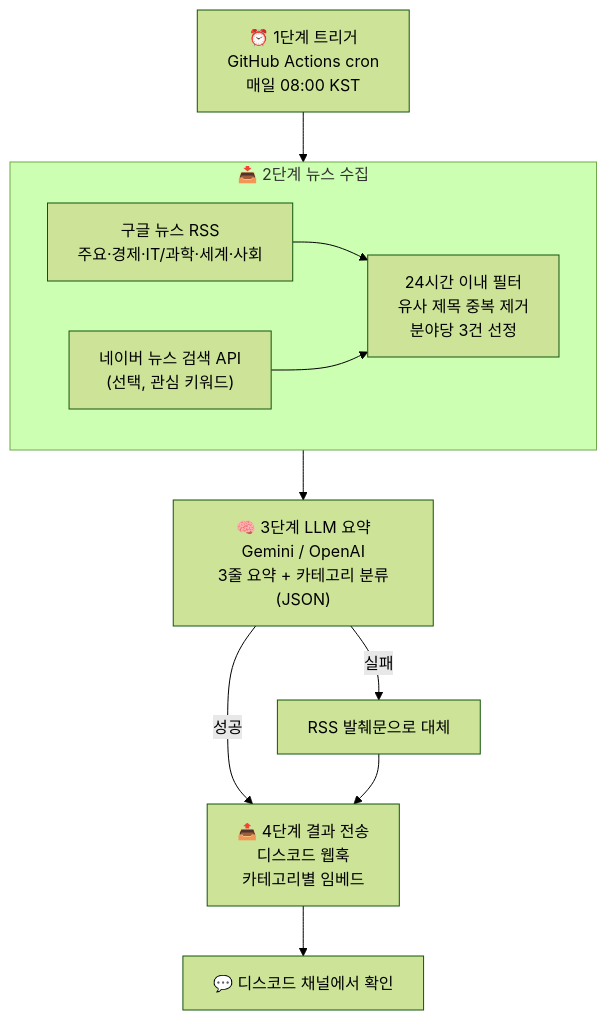
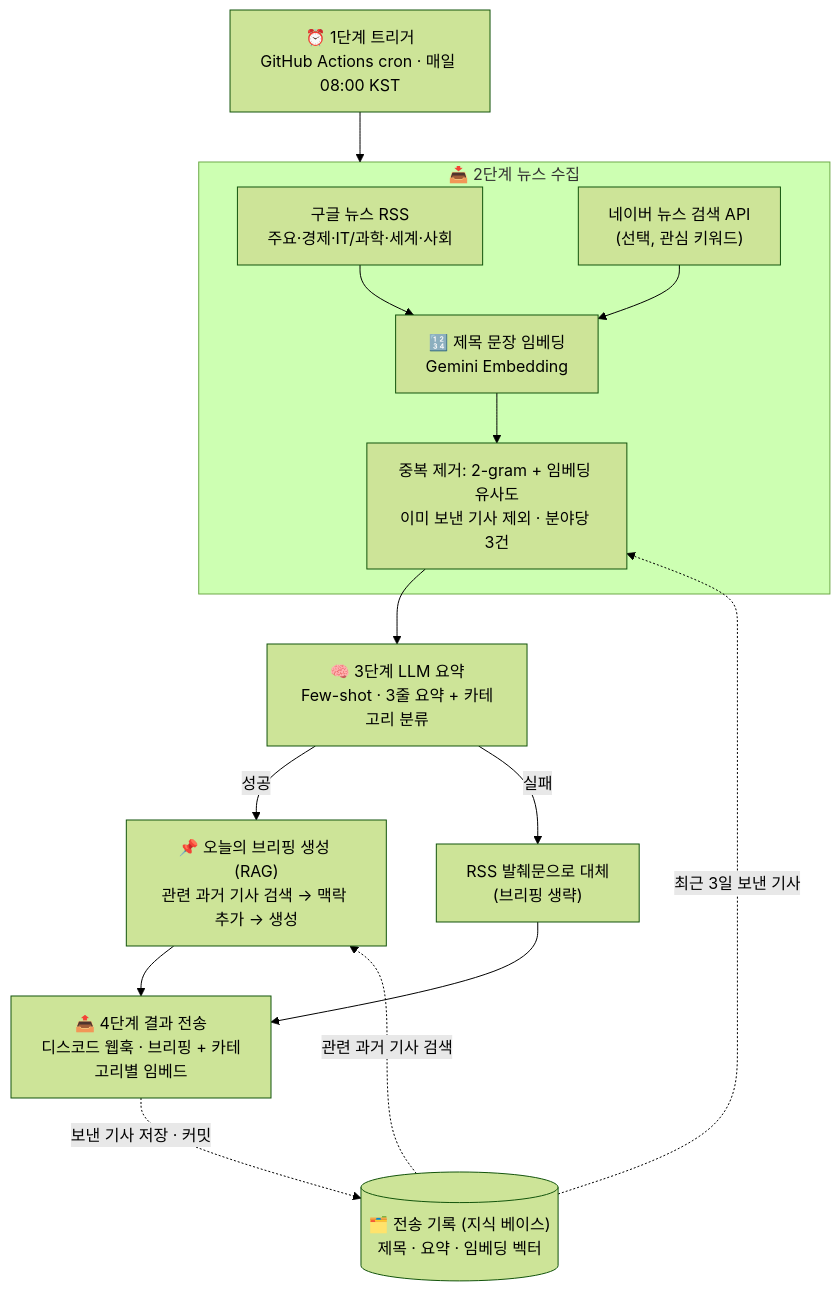
Before and after one commit to untitled2039/discord-news-bot: the diagram in docs/flowchart.mmd, drawn with Mermaid (forest theme). The commit also changed 5 other files, not shown here.

```diff
--- a/docs/flowchart.mmd
+++ b/docs/flowchart.mmd
@@ -1,12 +1,17 @@
 flowchart TD
-    A["⏰ 1단계 트리거<br/>GitHub Actions cron<br/>매일 08:00 KST"] --> B
+    A["⏰ 1단계 트리거<br/>GitHub Actions cron · 매일 08:00 KST"] --> B
+    H[("🗂️ 전송 기록 (지식 베이스)<br/>제목 · 요약 · 임베딩 벡터")]
     subgraph B["📥 2단계 뉴스 수집"]
-        B1["구글 뉴스 RSS<br/>주요·경제·IT/과학·세계·사회"]
-        B2["네이버 뉴스 검색 API<br/>(선택, 관심 키워드)"]
-        B1 --> B3["24시간 이내 필터<br/>유사 제목 중복 제거<br/>분야당 3건 선정"]
-        B2 --> B3
+        B1["구글 뉴스 RSS<br/>주요·경제·IT/과학·세계·사회"] --> EM
+        B2["네이버 뉴스 검색 API<br/>(선택, 관심 키워드)"] --> EM
+        EM["🔢 제목 문장 임베딩<br/>Gemini Embedding"] --> B3
+        B3["중복 제거: 2-gram + 임베딩 유사도<br/>이미 보낸 기사 제외 · 분야당 3건"]
     end
-    B --> C["🧠 3단계 LLM 요약<br/>Gemini / OpenAI<br/>3줄 요약 + 카테고리 분류(JSON)"]
-    C -->|성공| D["📤 4단계 결과 전송<br/>디스코드 웹훅<br/>카테고리별 임베드"]
-    C -->|실패| E["RSS 발췌문으로 대체"] --> D
-    D --> F["💬 디스코드 채널에서 확인"]
+    H -. 최근 3일 보낸 기사 .-> B3
+    B3 --> C["🧠 3단계 LLM 요약<br/>Few-shot · 3줄 요약 + 카테고리 분류"]
+    C -->|성공| G["📌 오늘의 브리핑 생성 (RAG)<br/>관련 과거 기사 검색 → 맥락 추가 → 생성"]
+    C -->|실패| E["RSS 발췌문으로 대체<br/>(브리핑 생략)"]
+    H -. 관련 과거 기사 검색 .-> G
+    G --> D["📤 4단계 결과 전송<br/>디스코드 웹훅 · 브리핑 + 카테고리별 임베드"]
+    E --> D
+    D -. 보낸 기사 저장 · 커밋 .-> H
```
